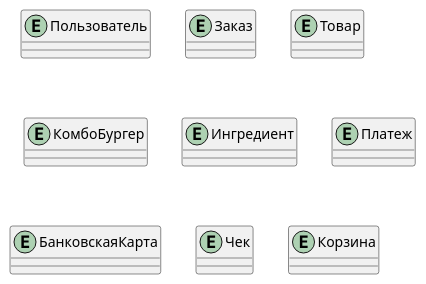
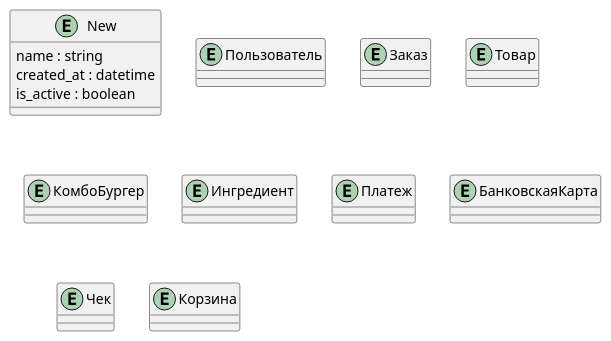
The diagram in data-models/models.puml (West1572/otus-practicum), drawn with PlantUML before and after one commit.

Commit message:
init (#13)
* init

* update New entitty

---------

```diff
--- a/data-models/models.puml
+++ b/data-models/models.puml
@@ -1,33 +1,39 @@
 @startuml
+entity New {
+  name : string
+  created_at : datetime
+  is_active : boolean
+}
+
 entity Пользователь {
 }
 
 entity Заказ {
 }
 
 entity Товар {
 }
 
 entity КомбоБургер {
 }
 
 entity Ингредиент {
 
 }
 
 
 entity Платеж {
 
 }
 
 entity БанковскаяКарта {
 
 }
 
 
 entity Чек {
 }
 
 entity Корзина {
 }
 @enduml
```
